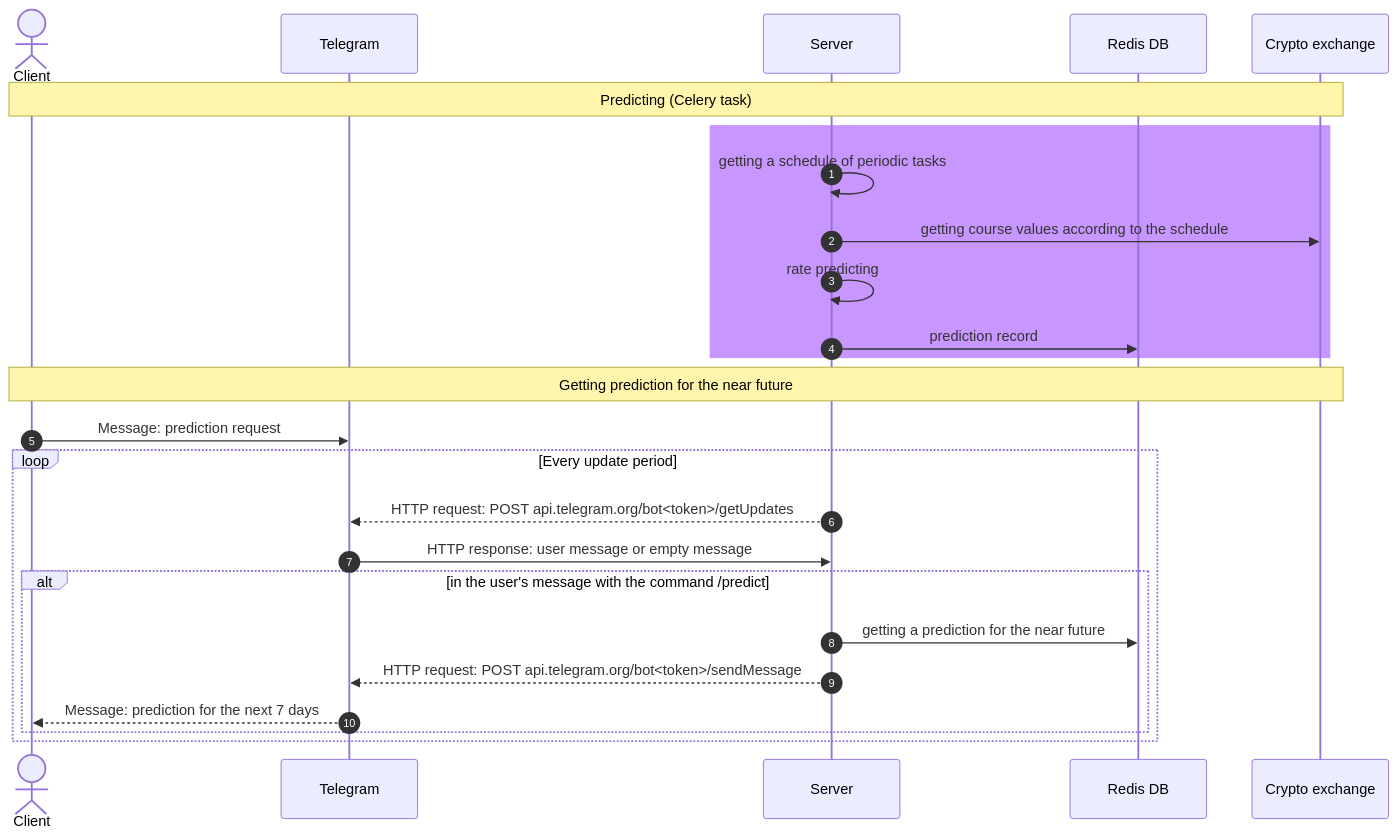
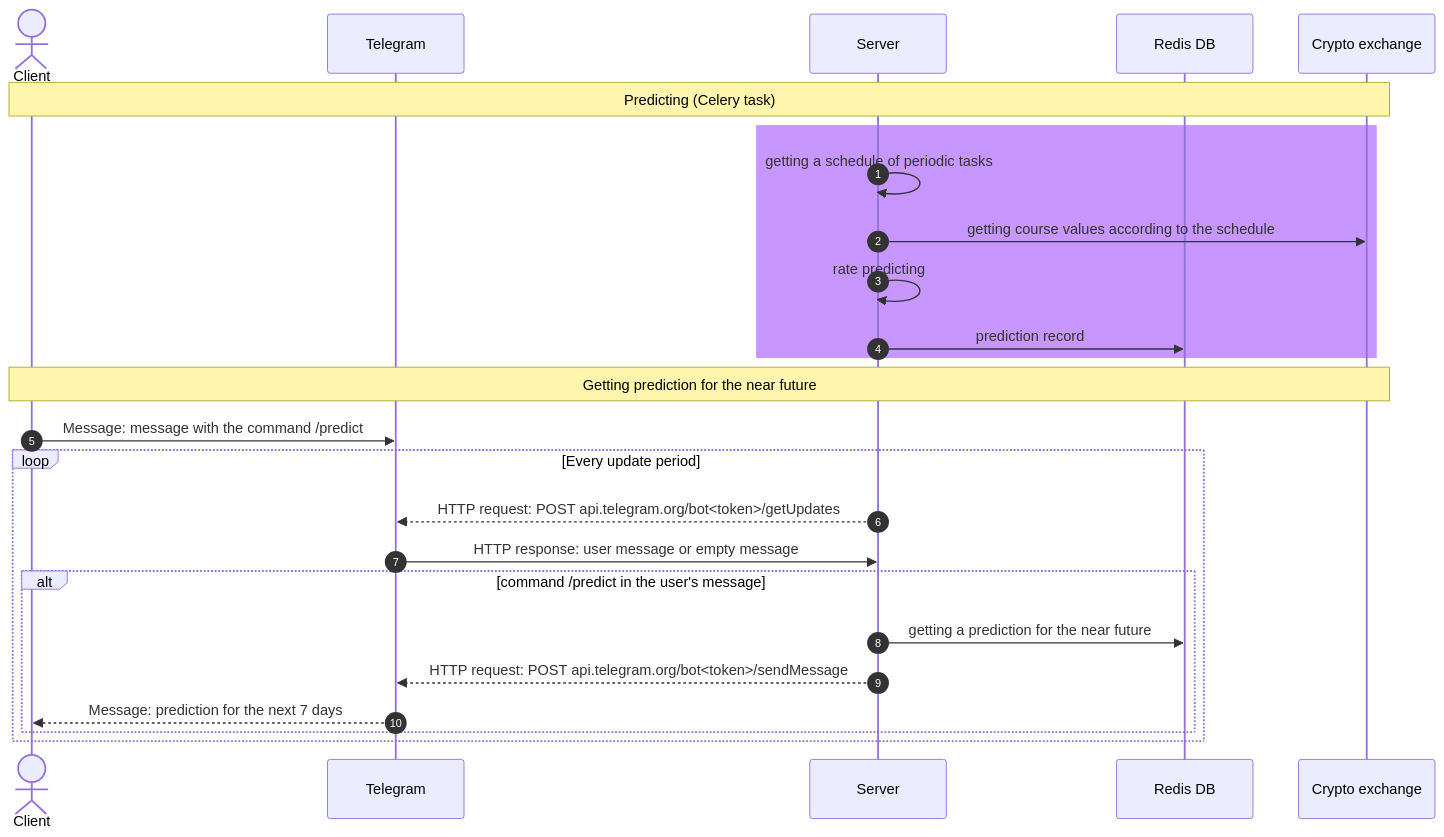
One commit to Deflaus/rate-prediction changed the diagram in README.md. Above: the diagram before and after it, drawn with Mermaid.

Commit message:
! README.md

````diff
--- a/README.md
+++ b/README.md
@@ -3,29 +3,29 @@
 ```mermaid
 sequenceDiagram
     autonumber
     actor client as Client
     participant telegram as Telegram
     participant server as Server
     participant database as Redis DB
     participant crypto_exchange as Crypto exchange
     
     Note over client, crypto_exchange: Predicting (Celery task)
     rect rgb(200, 150, 255)
     server ->> server : getting a schedule of periodic tasks
     server ->> crypto_exchange : getting course values according to the schedule
     server ->> server : rate predicting
     server ->> database : prediction record
     end
     
     Note over client, crypto_exchange: Getting prediction for the near future
-    client ->> telegram : Message: prediction request
+    client ->> telegram : Message: message with the command /predict
     loop Every update period
         server -->> telegram : HTTP request: POST api.telegram.org/bot<token>/getUpdates
         telegram ->> server : HTTP response: user message or empty message
-        alt in the user's message with the command /predict
+        alt command /predict in the user's message 
             server ->> database : getting a prediction for the near future
             server -->> telegram : HTTP request: POST api.telegram.org/bot<token>/sendMessage
             telegram -->> client : Message: prediction for the next 7 days
         end
     end
 ```
````
